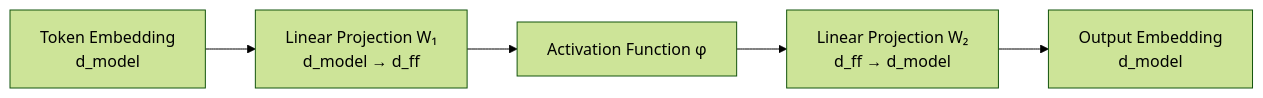
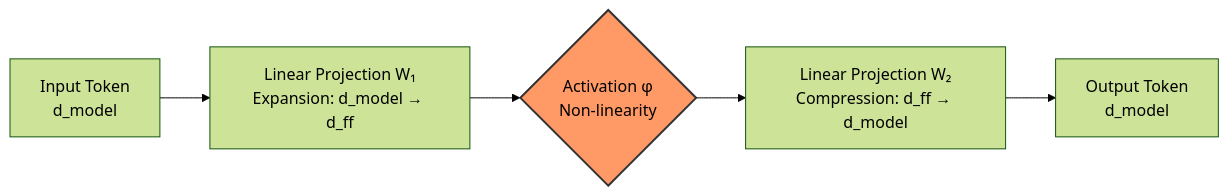
The diagram in Week - 5/Theory/Transformers/FFN.md (ShadowMonarchX/ai-ml-internship), drawn with Mermaid (forest theme) before and after one commit. The commit also changed other lines of this file and 1 other file, not shown here.

````diff
--- a/Week - 5/Theory/Transformers/FFN.md
+++ b/Week - 5/Theory/Transformers/FFN.md
@@ -153,8 +68,10 @@
 ```mermaid
 flowchart LR
-    X[Token Embedding<br/>d_model]
-    X --> W1[Linear Projection W₁<br/>d_model → d_ff]
-    W1 --> A[Activation Function φ]
-    A --> W2[Linear Projection W₂<br/>d_ff → d_model]
-    W2 --> Y[Output Embedding<br/>d_model]
+    X[Input Token<br/>d_model] --> W1[Linear Projection W₁<br/>Expansion: d_model → d_ff]
+    W1 --> A{Activation φ<br/>Non-linearity}
+    A --> W2[Linear Projection W₂<br/>Compression: d_ff → d_model]
+    W2 --> Y[Output Token<br/>d_model]
+    
+    style A fill:#f96,stroke:#333,stroke-width:2px
+
 ```
````
